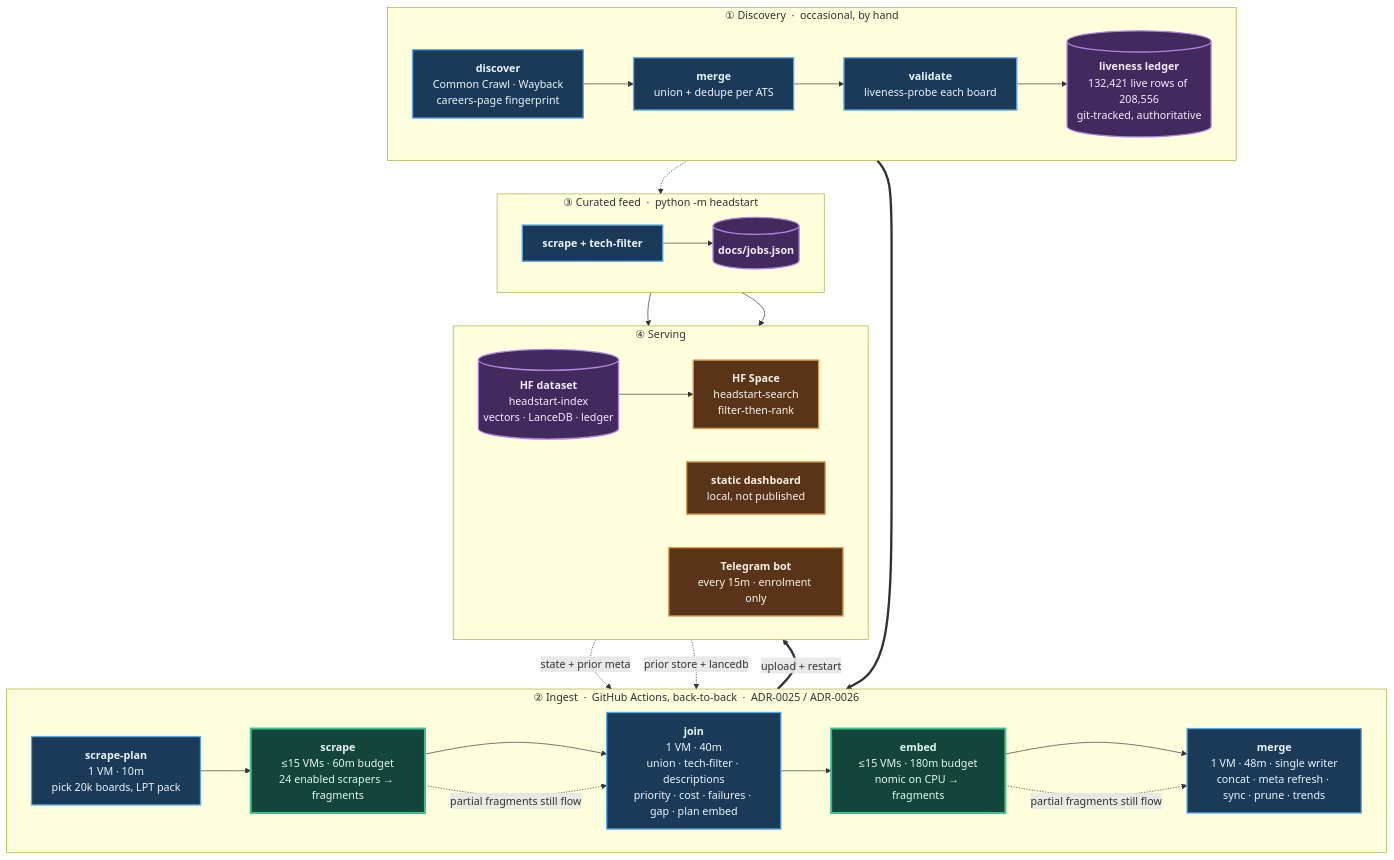
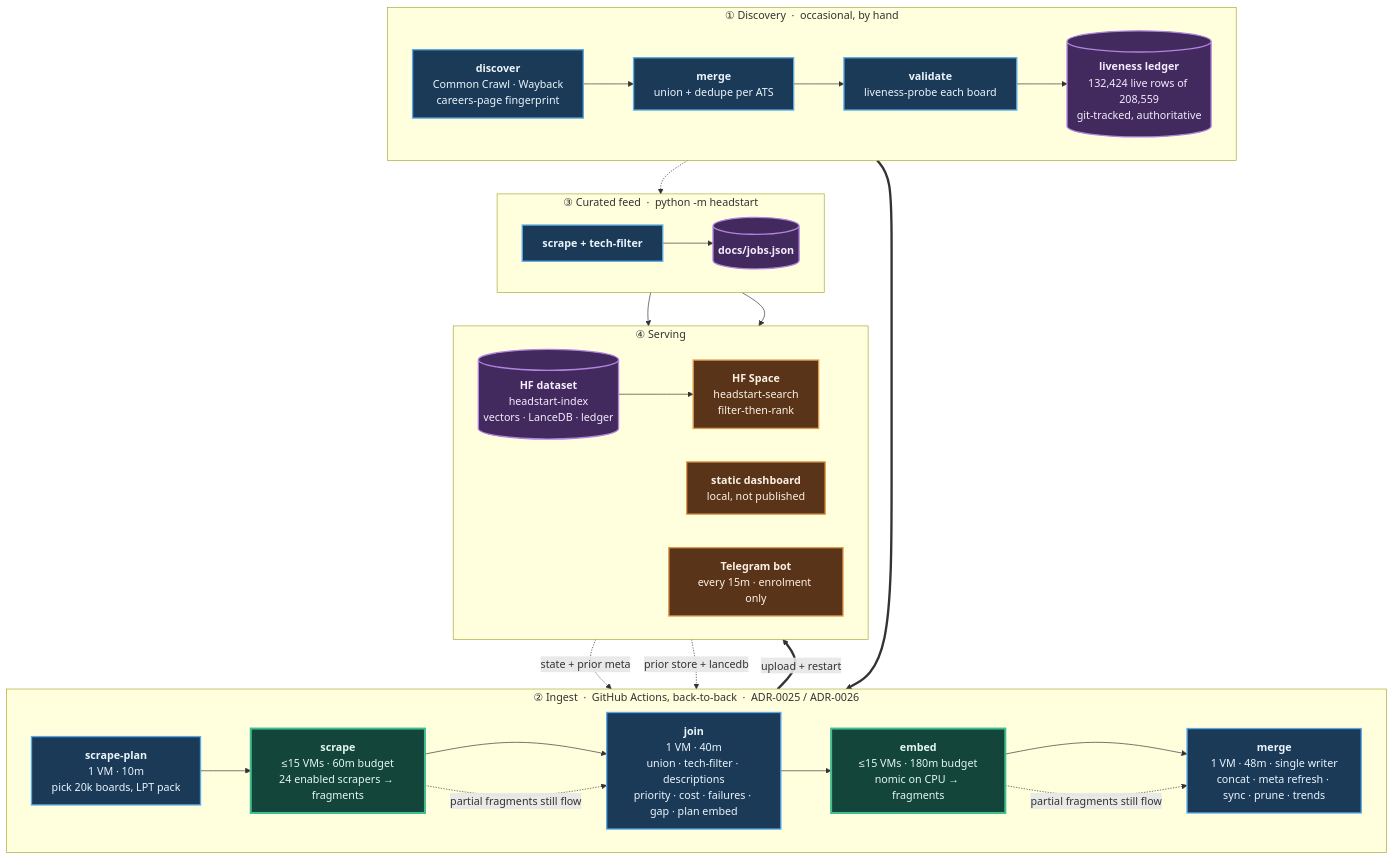
The diagram in README.md (sarthakjain004/headstart), drawn with Mermaid before and after one commit. The commit also changed other lines of this file and 15 other files, not shown here.

````diff
--- a/README.md
+++ b/README.md
@@ -84,56 +84,56 @@
 ```mermaid
 flowchart TB
     subgraph D["① Discovery &nbsp;·&nbsp; occasional, by hand"]
         direction LR
         D1["<b>discover</b><br/>Common Crawl · Wayback<br/>careers-page fingerprint"]
         D2["<b>merge</b><br/>union + dedupe per ATS"]
         D3["<b>validate</b><br/>liveness-probe each board"]
-        D4[("<b>liveness ledger</b><br/>132,421 live rows of 208,556<br/>git-tracked, authoritative")]
+        D4[("<b>liveness ledger</b><br/>132,424 live rows of 208,559<br/>git-tracked, authoritative")]
         D1 --> D2 --> D3 --> D4
     end
 
     subgraph P["② Ingest &nbsp;·&nbsp; GitHub Actions, back-to-back &nbsp;·&nbsp; ADR-0025 / ADR-0026"]
         direction LR
         P1["<b>scrape-plan</b><br/>1 VM · 10m<br/>pick 20k boards, LPT pack"]
         P2["<b>scrape</b><br/>≤15 VMs · 60m budget<br/>24 enabled scrapers → fragments"]
         P3["<b>join</b><br/>1 VM · 40m<br/>union · tech-filter · descriptions<br/>priority · cost · failures · gap · plan embed"]
         P4["<b>embed</b><br/>≤15 VMs · 180m budget<br/>nomic on CPU → fragments"]
         P5["<b>merge</b><br/>1 VM · 48m · single writer<br/>concat · meta refresh · sync · prune · trends"]
         P1 --> P2 --> P3 --> P4 --> P5
     end
 
     subgraph F["③ Curated feed &nbsp;·&nbsp; python -m headstart"]
         direction LR
         F1["<b>scrape + tech-filter</b>"]
         F2[("<b>docs/jobs.json</b>")]
         F1 --> F2
     end
 
     subgraph S["④ Serving"]
         direction LR
         S1[("<b>HF dataset</b><br/>headstart-index<br/>vectors · LanceDB · ledger")]
         S2["<b>HF Space</b><br/>headstart-search<br/>filter-then-rank"]
         S3["<b>static dashboard</b><br/>local, not published"]
         S4["<b>Telegram bot</b><br/>every 15m · enrolment only"]
         S1 --> S2
     end
 
     D4 ==> P1
     S1 -. "state + prior meta" .-> P1
     S1 -. "prior store + lancedb" .-> P5
     D4 -.-> F1
     P5 ==>|"upload + restart"| S1
     F2 --> S3
     F2 --> S4
     P2 -. "partial fragments still flow" .-> P3
     P4 -. "partial fragments still flow" .-> P5
 
     classDef serial fill:#1b3a57,stroke:#5aa9e6,stroke-width:2px,color:#eaf4fc
     classDef fan fill:#14453a,stroke:#3fbf8f,stroke-width:3px,color:#e4f7f0
     classDef store fill:#42295e,stroke:#b184dd,stroke-width:2px,color:#f4ecfc
     classDef serve fill:#5a3418,stroke:#e09a4f,stroke-width:2px,color:#fbf1e6
     class D1,D2,D3,P1,P3,P5,F1 serial
     class P2,P4 fan
     class D4,F2,S1 store
     class S2,S3,S4 serve
 ```
````
